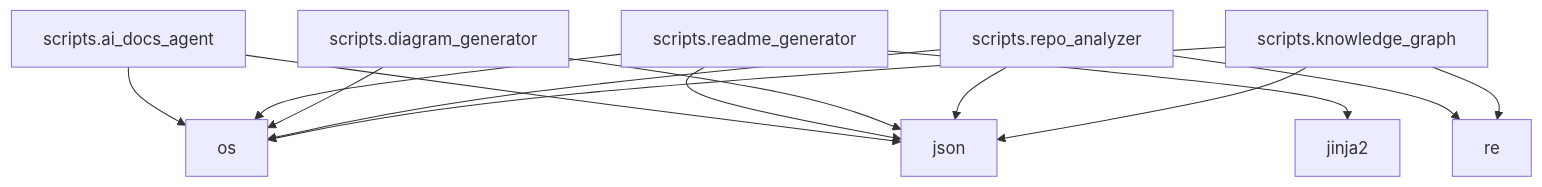
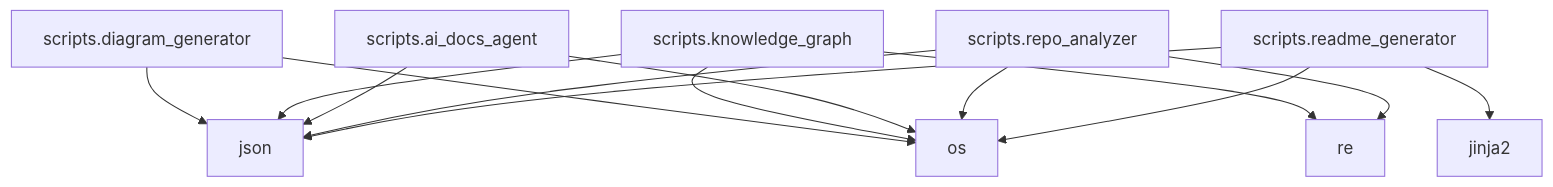
Before and after one commit to NITISH-R-G/FACE-EMOTION-DETECTION: the diagram in README.md, drawn with Mermaid. The commit also changed other lines of this file and 3 other files, not shown here.

Commit message:
docs: auto-update repository documentation and diagrams [skip ci]

````diff
--- a/README.md
+++ b/README.md
@@ -45,30 +45,30 @@
 ```mermaid
 graph TD;
+    scripts_diagram_generator["scripts.diagram_generator"];
+    click scripts_diagram_generator "scripts/diagram_generator.py" "View source";
+    json["json"];
+    os["os"];
+    scripts_knowledge_graph["scripts.knowledge_graph"];
+    click scripts_knowledge_graph "scripts/knowledge_graph.py" "View source";
+    re["re"];
     scripts_ai_docs_agent["scripts.ai_docs_agent"];
     click scripts_ai_docs_agent "scripts/ai_docs_agent.py" "View source";
-    os["os"];
-    json["json"];
+    scripts_repo_analyzer["scripts.repo_analyzer"];
+    click scripts_repo_analyzer "scripts/repo_analyzer.py" "View source";
     scripts_readme_generator["scripts.readme_generator"];
     click scripts_readme_generator "scripts/readme_generator.py" "View source";
     jinja2["jinja2"];
-    scripts_diagram_generator["scripts.diagram_generator"];
-    click scripts_diagram_generator "scripts/diagram_generator.py" "View source";
-    scripts_repo_analyzer["scripts.repo_analyzer"];
-    click scripts_repo_analyzer "scripts/repo_analyzer.py" "View source";
-    re["re"];
-    scripts_knowledge_graph["scripts.knowledge_graph"];
-    click scripts_knowledge_graph "scripts/knowledge_graph.py" "View source";
+    scripts_diagram_generator --> json;
+    scripts_diagram_generator --> os;
+    scripts_knowledge_graph --> os;
+    scripts_knowledge_graph --> json;
+    scripts_knowledge_graph --> re;
     scripts_ai_docs_agent --> os;
     scripts_ai_docs_agent --> json;
+    scripts_repo_analyzer --> os;
+    scripts_repo_analyzer --> json;
+    scripts_repo_analyzer --> re;
     scripts_readme_generator --> json;
     scripts_readme_generator --> os;
     scripts_readme_generator --> jinja2;
-    scripts_diagram_generator --> json;
-    scripts_diagram_generator --> os;
-    scripts_repo_analyzer --> os;
-    scripts_repo_analyzer --> json;
-    scripts_repo_analyzer --> re;
-    scripts_knowledge_graph --> os;
-    scripts_knowledge_graph --> json;
-    scripts_knowledge_graph --> re;
 ```
````
